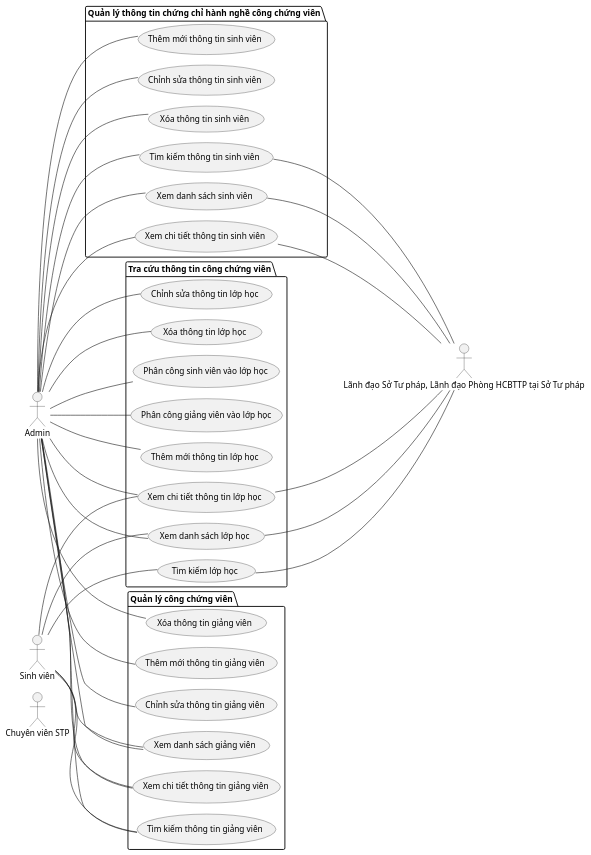
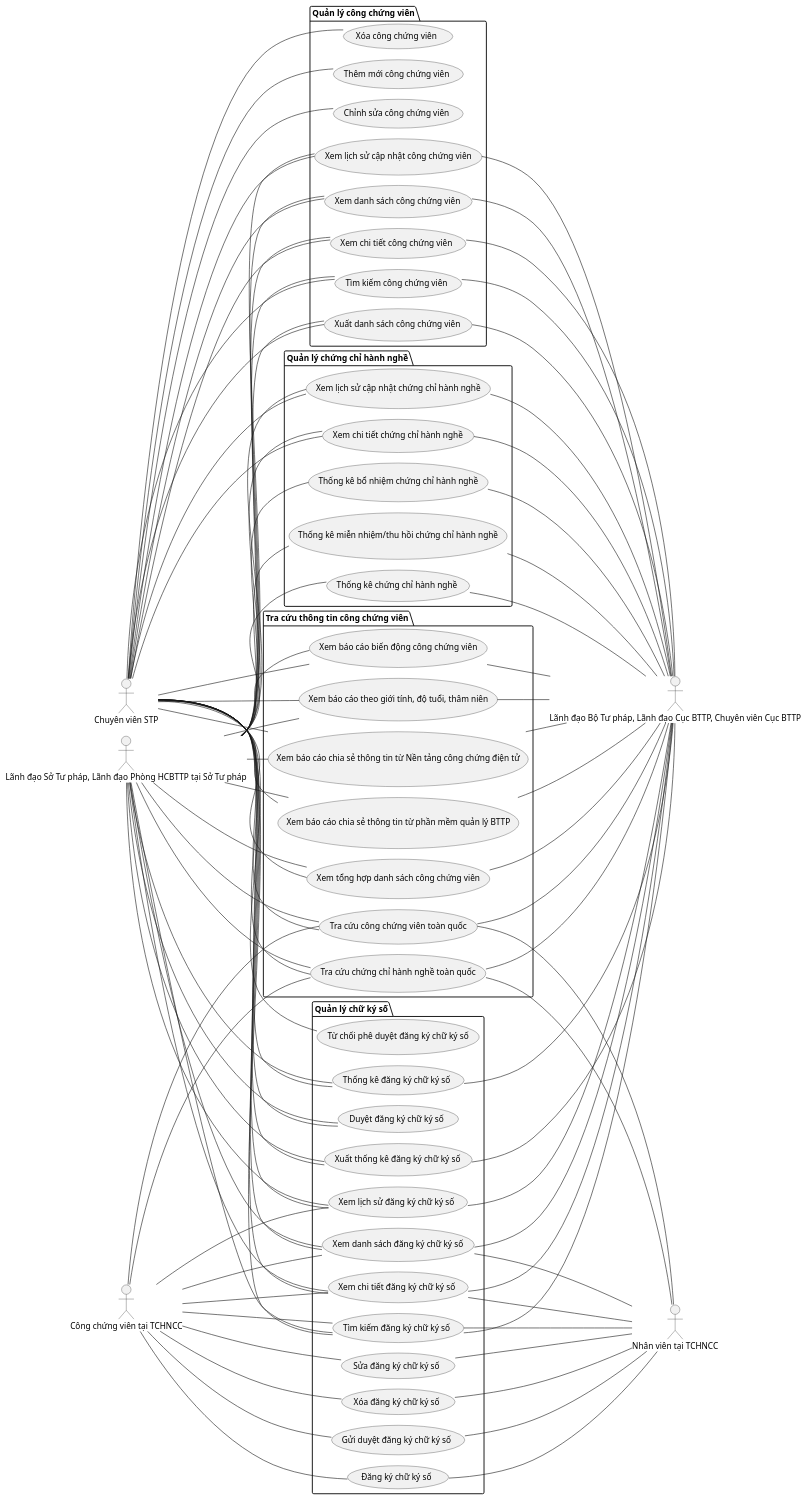
Before and after one commit to alvinnguyen9820-prog/CSDL-Cong-Chung: the diagram in Quản lý công chứng viên/4.usecases.puml, drawn with PlantUML. The commit also changed 25 other files, not shown here.

```diff
--- a/Quản lý công chứng viên/4.usecases.puml
+++ b/Quản lý công chứng viên/4.usecases.puml
@@ -1,94 +1,174 @@
 @startuml
 !pragma layout smetana
 left to right direction
 
 '==================== Actors ====================
 actor "Chuyên viên STP" as CVSTP
-actor "Lãnh đạo Sở Tư pháp, Lãnh đạo Phòng HCBTTP tại Sở Tư pháp" as Teacher
-actor "Lãnh đạo Sở Tư pháp, Lãnh đạo Phòng HCBTTP tại Sở Tư pháp" as Teacher
+actor "Lãnh đạo Sở Tư pháp, Lãnh đạo Phòng HCBTTP tại Sở Tư pháp" as LeaderSTP
+actor "Lãnh đạo Bộ Tư pháp, Lãnh đạo Cục BTTP, Chuyên viên Cục BTTP" as LeaderBTP
+actor "Công chứng viên tại TCHNCC" as CCV
+actor "Nhân viên tại TCHNCC" as Staff
 
-actor "Sinh viên" as Student
-
-'==================== CỘT TRÁI: Quản trị ====================
-
-
-package "Quản lý công chứng viên" as P_TeacherMgmt {
-  usecase "Xem danh sách giảng viên" as UC_T_List
-  usecase "Xem chi tiết thông tin giảng viên" as UC_T_Detail
-  usecase "Thêm mới thông tin giảng viên" as UC_T_Create
-  usecase "Chỉnh sửa thông tin giảng viên" as UC_T_Update
-  usecase "Xóa thông tin giảng viên" as UC_T_Delete
-  usecase "Tìm kiếm thông tin giảng viên" as UC_T_Search
+'==================== Quản lý công chứng viên ====================
+package "Quản lý công chứng viên" as P_CCVMgmt {
+    usecase "Xem danh sách công chứng viên" as UC_CCV_List
+    usecase "Xem chi tiết công chứng viên" as UC_CCV_Detail
+    usecase "Thêm mới công chứng viên" as UC_CCV_Create
+    usecase "Chỉnh sửa công chứng viên" as UC_CCV_Update
+    usecase "Xóa công chứng viên" as UC_CCV_Delete
+    usecase "Tìm kiếm công chứng viên" as UC_CCV_Search
+    usecase "Xuất danh sách công chứng viên" as UC_CCV_Export
+    usecase "Xem lịch sử cập nhật công chứng viên" as UC_CCV_History
 }
 
-package "Quản lý thông tin chứng chỉ hành nghề công chứng viên" as P_StudentMgmt {
-  usecase "Xem danh sách sinh viên" as UC_S_List
-  usecase "Xem chi tiết thông tin sinh viên" as UC_S_Detail
-  usecase "Thêm mới thông tin sinh viên" as UC_S_Create
-  usecase "Chỉnh sửa thông tin sinh viên" as UC_S_Update
-  usecase "Xóa thông tin sinh viên" as UC_S_Delete
-  usecase "Tìm kiếm thông tin sinh viên" as UC_S_Search
+'==================== Quản lý chứng chỉ hành nghề ====================
+package "Quản lý chứng chỉ hành nghề" as P_CertMgmt {
+    usecase "Xem lịch sử cập nhật chứng chỉ hành nghề" as UC_Cert_History
+    usecase "Xem chi tiết chứng chỉ hành nghề" as UC_Cert_Detail
+    usecase "Thống kê chứng chỉ hành nghề" as UC_Cert_Stats
+    usecase "Thống kê bổ nhiệm chứng chỉ hành nghề" as UC_Cert_Appointment
+    usecase "Thống kê miễn nhiệm/thu hồi chứng chỉ hành nghề" as UC_Cert_Revocation
 }
 
-package "Tra cứu thông tin công chứng viên" as P_ClassMgmt {
-  usecase "Xem danh sách lớp học" as UC_C_List
-  usecase "Xem chi tiết thông tin lớp học" as UC_C_Detail
-  usecase "Thêm mới thông tin lớp học" as UC_C_Create
-  usecase "Chỉnh sửa thông tin lớp học" as UC_C_Update
-  usecase "Xóa thông tin lớp học" as UC_C_Delete
-  usecase "Phân công sinh viên vào lớp học" as UC_S_Assign
-  usecase "Phân công giảng viên vào lớp học" as UC_C_Assign
-  usecase "Tìm kiếm lớp học" as UC_C_Search
-
+'==================== Quản lý chữ ký số ====================
+package "Quản lý chữ ký số" as P_DigitalSign {
+    usecase "Xem danh sách đăng ký chữ ký số" as UC_Sign_List
+    usecase "Xem chi tiết đăng ký chữ ký số" as UC_Sign_Detail
+    usecase "Tìm kiếm đăng ký chữ ký số" as UC_Sign_Search
+    usecase "Đăng ký chữ ký số" as UC_Sign_Create
+    usecase "Sửa đăng ký chữ ký số" as UC_Sign_Update
+    usecase "Xóa đăng ký chữ ký số" as UC_Sign_Delete
+    usecase "Duyệt đăng ký chữ ký số" as UC_Sign_Approve
+    usecase "Từ chối phê duyệt đăng ký chữ ký số" as UC_Sign_Reject
+    usecase "Gửi duyệt đăng ký chữ ký số" as UC_Sign_Submit
+    usecase "Xem lịch sử đăng ký chữ ký số" as UC_Sign_History
+    usecase "Thống kê đăng ký chữ ký số" as UC_Sign_Stats
+    usecase "Xuất thống kê đăng ký chữ ký số" as UC_Sign_Export
 }
 
-package "Quản lý thông tin chữ ký số" as P_ClassMgmt {
-  usecase "Xem danh sách lớp học" as UC_C_List
-  usecase "Xem chi tiết thông tin lớp học" as UC_C_Detail
-  usecase "Thêm mới thông tin lớp học" as UC_C_Create
-  usecase "Chỉnh sửa thông tin lớp học" as UC_C_Update
-  usecase "Xóa thông tin lớp học" as UC_C_Delete
-  usecase "Phân công sinh viên vào lớp học" as UC_S_Assign
-  usecase "Phân công giảng viên vào lớp học" as UC_C_Assign
-  usecase "Tìm kiếm lớp học" as UC_C_Search
-
+'==================== Tra cứu thông tin công chứng viên ====================
+package "Tra cứu thông tin công chứng viên" as P_Search {
+    usecase "Tra cứu công chứng viên toàn quốc" as UC_Search_CCV
+    usecase "Tra cứu chứng chỉ hành nghề toàn quốc" as UC_Search_Cert
+    usecase "Xem tổng hợp danh sách công chứng viên" as UC_Search_CCV_Summary
+    usecase "Xem báo cáo biến động công chứng viên" as UC_Search_CCV_Change
+    usecase "Xem báo cáo theo giới tính, độ tuổi, thâm niên" as UC_Search_CCV_Demographics
+    usecase "Xem báo cáo chia sẻ thông tin từ Nền tảng công chứng điện tử" as UC_Search_CCV_Platform
+    usecase "Xem báo cáo chia sẻ thông tin từ phần mềm quản lý BTTP" as UC_Search_CCV_Software
 }
 
 '==================== Liên kết Actor → UC ====================
-Admin -- UC_T_List
-Admin -- UC_T_Detail
-Admin -- UC_T_Create
-Admin -- UC_T_Update
-Admin -- UC_T_Delete
-Admin -- UC_T_Search
+' Chuyên viên STP
+CVSTP -- UC_CCV_List
+CVSTP -- UC_CCV_Detail
+CVSTP -- UC_CCV_Create
+CVSTP -- UC_CCV_Update
+CVSTP -- UC_CCV_Delete
+CVSTP -- UC_CCV_Search
+CVSTP -- UC_CCV_Export
+CVSTP -- UC_CCV_History
 
-Admin -- UC_S_List
-Admin -- UC_S_Detail
-Admin -- UC_S_Create
-Admin -- UC_S_Update
-Admin -- UC_S_Delete
-Admin -- UC_S_Search
+CVSTP -- UC_Cert_History
+CVSTP -- UC_Cert_Detail
 
-Admin -- UC_C_List
-Admin -- UC_C_Detail
-Admin -- UC_C_Create
-Admin -- UC_C_Update
-Admin -- UC_C_Delete
-Admin -- UC_S_Assign
-Admin -- UC_C_Assign
+CVSTP -- UC_Sign_List
+CVSTP -- UC_Sign_Detail
+CVSTP -- UC_Sign_Search
+CVSTP -- UC_Sign_Approve
+CVSTP -- UC_Sign_Reject
+CVSTP -- UC_Sign_History
+CVSTP -- UC_Sign_Stats
+CVSTP -- UC_Sign_Export
 
-UC_C_List -- Teacher
-UC_C_Detail -- Teacher
-UC_S_List -- Teacher
-UC_S_Detail -- Teacher
-UC_C_Search -- Teacher
-UC_S_Search -- Teacher
+CVSTP -- UC_Search_CCV
+CVSTP -- UC_Search_Cert
+CVSTP -- UC_Search_CCV_Summary
+CVSTP -- UC_Search_CCV_Change
+CVSTP -- UC_Search_CCV_Demographics
+CVSTP -- UC_Search_CCV_Platform
+CVSTP -- UC_Search_CCV_Software
 
-Student -- UC_C_List
-Student -- UC_C_Detail
-Student -- UC_T_List
-Student -- UC_T_Detail
-Student -- UC_T_Search
-Student -- UC_C_Search
+' Lãnh đạo Sở Tư pháp / Phòng HCBTTP
+LeaderSTP -- UC_CCV_List
+LeaderSTP -- UC_CCV_Detail
+LeaderSTP -- UC_CCV_Search
+LeaderSTP -- UC_CCV_Export
+LeaderSTP -- UC_CCV_History
+
+LeaderSTP -- UC_Cert_History
+LeaderSTP -- UC_Cert_Detail
+LeaderSTP -- UC_Cert_Stats
+LeaderSTP -- UC_Cert_Appointment
+LeaderSTP -- UC_Cert_Revocation
+
+LeaderSTP -- UC_Sign_List
+LeaderSTP -- UC_Sign_Detail
+LeaderSTP -- UC_Sign_Search
+LeaderSTP -- UC_Sign_Approve
+LeaderSTP -- UC_Sign_History
+LeaderSTP -- UC_Sign_Stats
+LeaderSTP -- UC_Sign_Export
+
+LeaderSTP -- UC_Search_CCV
+LeaderSTP -- UC_Search_Cert
+LeaderSTP -- UC_Search_CCV_Summary
+LeaderSTP -- UC_Search_CCV_Change
+LeaderSTP -- UC_Search_CCV_Demographics
+LeaderSTP -- UC_Search_CCV_Platform
+LeaderSTP -- UC_Search_CCV_Software
+
+' Lãnh đạo Bộ Tư pháp / Cục BTTP / Chuyên viên Cục BTTP
+UC_CCV_List -- LeaderBTP
+UC_CCV_Detail -- LeaderBTP
+UC_CCV_Search -- LeaderBTP
+UC_CCV_Export -- LeaderBTP
+UC_CCV_History -- LeaderBTP
+
+UC_Cert_History -- LeaderBTP
+UC_Cert_Detail -- LeaderBTP
+UC_Cert_Stats -- LeaderBTP
+UC_Cert_Appointment -- LeaderBTP
+UC_Cert_Revocation -- LeaderBTP
+
+UC_Sign_List -- LeaderBTP
+UC_Sign_Detail -- LeaderBTP
+UC_Sign_Search -- LeaderBTP
+UC_Sign_History -- LeaderBTP
+UC_Sign_Stats -- LeaderBTP
+UC_Sign_Export -- LeaderBTP
+
+UC_Search_CCV -- LeaderBTP
+UC_Search_Cert -- LeaderBTP
+UC_Search_CCV_Summary -- LeaderBTP
+UC_Search_CCV_Change -- LeaderBTP
+UC_Search_CCV_Demographics -- LeaderBTP
+UC_Search_CCV_Platform -- LeaderBTP
+UC_Search_CCV_Software -- LeaderBTP
+
+' Công chứng viên tại TCHNCC
+CCV -- UC_Sign_List
+CCV -- UC_Sign_Detail
+CCV -- UC_Sign_Search
+CCV -- UC_Sign_Create
+CCV -- UC_Sign_Update
+CCV -- UC_Sign_Delete
+CCV -- UC_Sign_Submit
+CCV -- UC_Sign_History
+
+CCV -- UC_Search_CCV
+CCV -- UC_Search_Cert
+
+' Nhân viên tại TCHNCC
+UC_Sign_List -- Staff
+UC_Sign_Detail -- Staff
+UC_Sign_Search -- Staff
+UC_Sign_Create -- Staff
+UC_Sign_Update -- Staff
+UC_Sign_Delete -- Staff
+UC_Sign_Submit -- Staff
+
+UC_Search_CCV -- Staff
+UC_Search_Cert -- Staff
+
 
 @enduml
```
